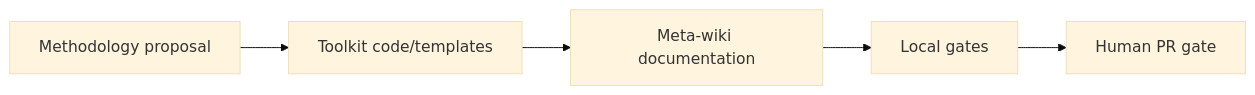
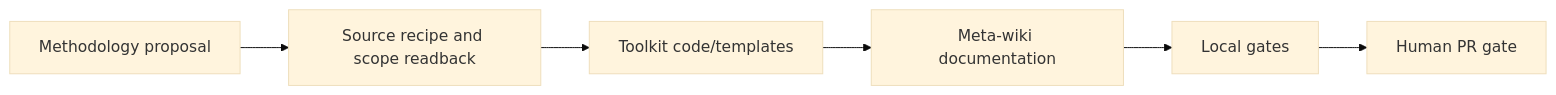
The diagram in memories/system/processes/wiki-methodology-maintenance.md (kimlage/wiki-viva-kit), drawn with Mermaid (base theme) before and after one commit. The commit also changed other lines of this file and 53 other files, not shown here.

````diff
--- a/memories/system/processes/wiki-methodology-maintenance.md
+++ b/memories/system/processes/wiki-methodology-maintenance.md
@@ -44,9 +44,10 @@
 ```mermaid
 flowchart LR
     proposal["Methodology proposal"]
+    recipe["Source recipe and scope readback"]
     code["Toolkit code/templates"]
     docs["Meta-wiki documentation"]
     gates["Local gates"]
     pr["Human PR gate"]
-    proposal --> code --> docs --> gates --> pr
+    proposal --> recipe --> code --> docs --> gates --> pr
 ```
````
